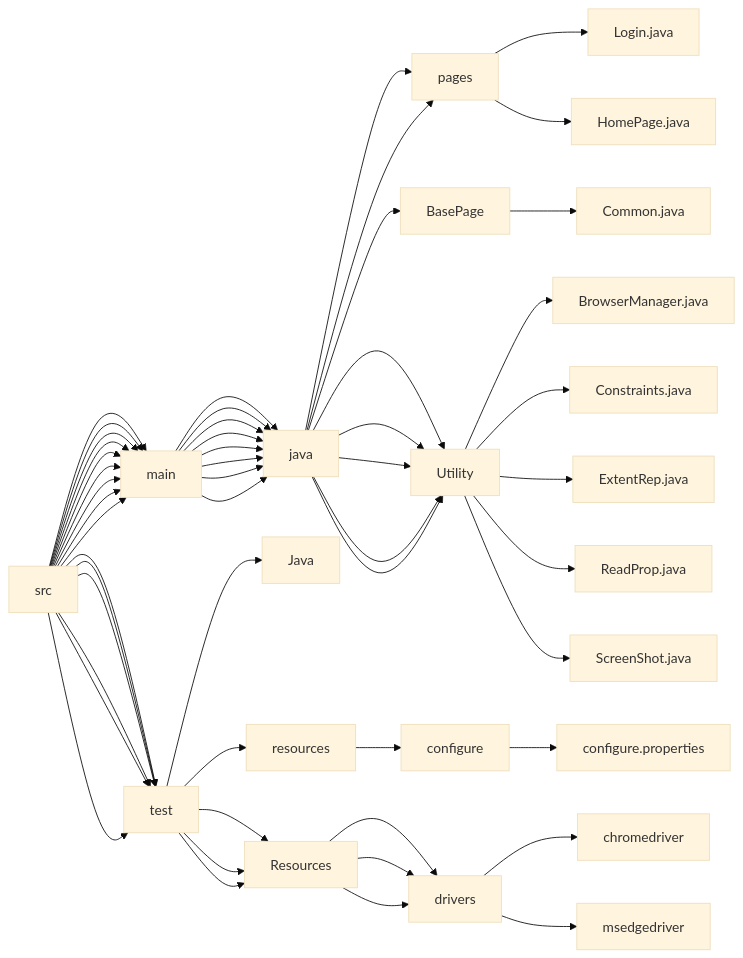
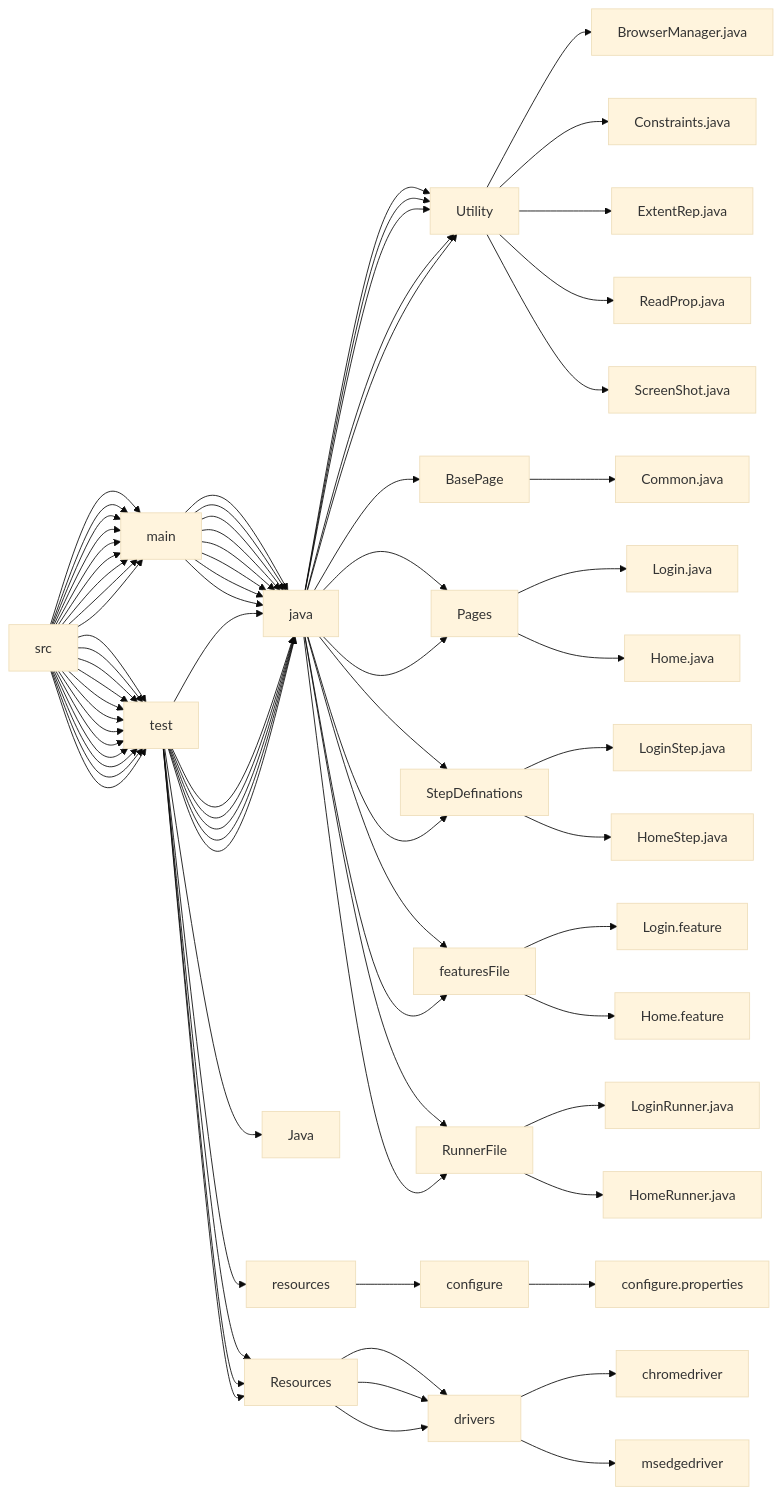
Before and after one commit to FouzanJafri/FouzanJafri_BDDCucumber_FrameWork: the diagram in README.md, drawn with Mermaid (base theme).

````diff
--- a/README.md
+++ b/README.md
@@ -11,19 +11,29 @@
 ```mermaid
 flowchart LR;
 src-->main;
 src-->test;
-src-->main-->java-->pages-->Login.java;
-src-->main-->java-->pages-->HomePage.java;
-src-->main-->java-->BasePage-->Common.java;
 src-->main-->java-->Utility-->BrowserManager.java;
 src-->main-->java-->Utility-->Constraints.java;
 src-->main-->java-->Utility-->ExtentRep.java;
 src-->main-->java-->Utility-->ReadProp.java;
 src-->main-->java-->Utility-->ScreenShot.java;
+src-->main-->java-->BasePage-->Common.java
+
+src-->main-->java-->Pages-->Login.java
+src-->main-->java-->Pages-->Home.java
+
 src-->test-->Java;
+src-->test-->java-->StepDefinations-->LoginStep.java
+src-->test-->java-->StepDefinations-->HomeStep.java
+src-->test-->java-->featuresFile--> Login.feature
+src-->test-->java-->featuresFile--> Home.feature
+
+src-->test-->java-->RunnerFile-->LoginRunner.java
+src-->test-->java-->RunnerFile-->HomeRunner.java
+
 src-->test-->resources-->configure-->configure.properties;
 src-->test-->Resources-->drivers;
 src-->test-->Resources-->drivers-->chromedriver;
 src-->test-->Resources-->drivers-->msedgedriver;
 
 ```
````
